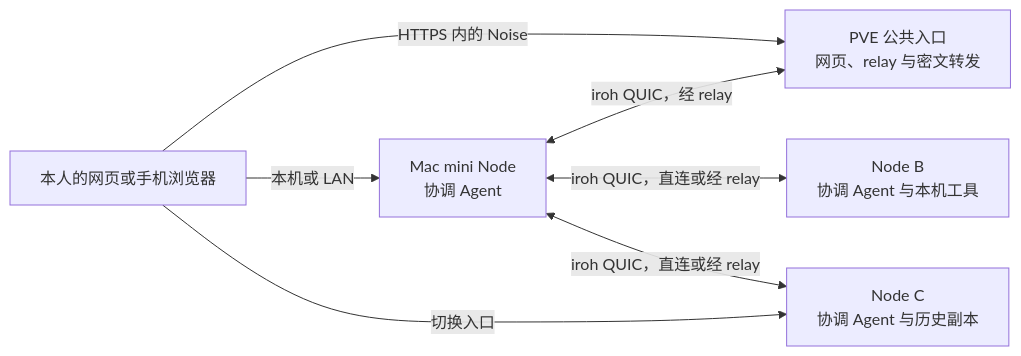
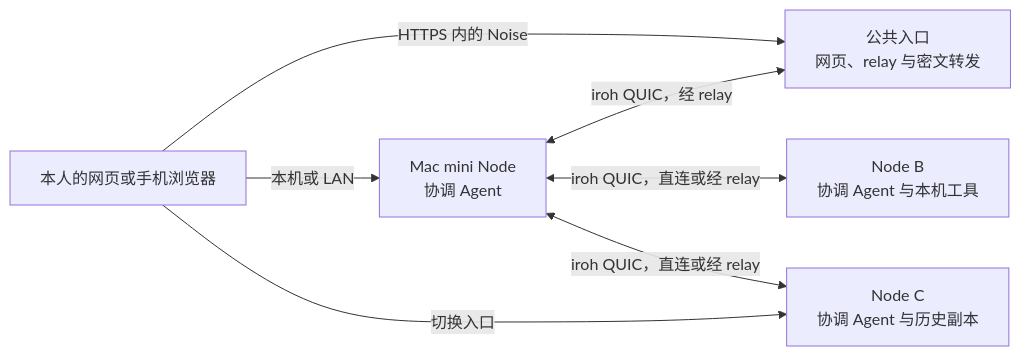
The diagram in README.md (leaperone/vibeface), drawn with Mermaid before and after one commit. The commit also changed other lines of this file, not shown here.

Commit message:
docs: restructure readme with features, quick start and roadmap

````diff
--- a/README.md
+++ b/README.md
@@ -5,14 +29,14 @@
 ```mermaid
 flowchart LR
     U[本人的网页或手机浏览器]
-    G[PVE 公共入口<br>网页、relay 与密文转发]
+    G[公共入口<br>网页、relay 与密文转发]
     A[Mac mini Node<br>协调 Agent]
     B[Node B<br>协调 Agent 与本机工具]
     C[Node C<br>协调 Agent 与历史副本]
     U -->|HTTPS 内的 Noise| G
     U -->|本机或 LAN| A
     U -->|切换入口| C
     A <-->|iroh QUIC，经 relay| G
     A <-->|iroh QUIC，直连或经 relay| B
     A <-->|iroh QUIC，直连或经 relay| C
 ```
````
